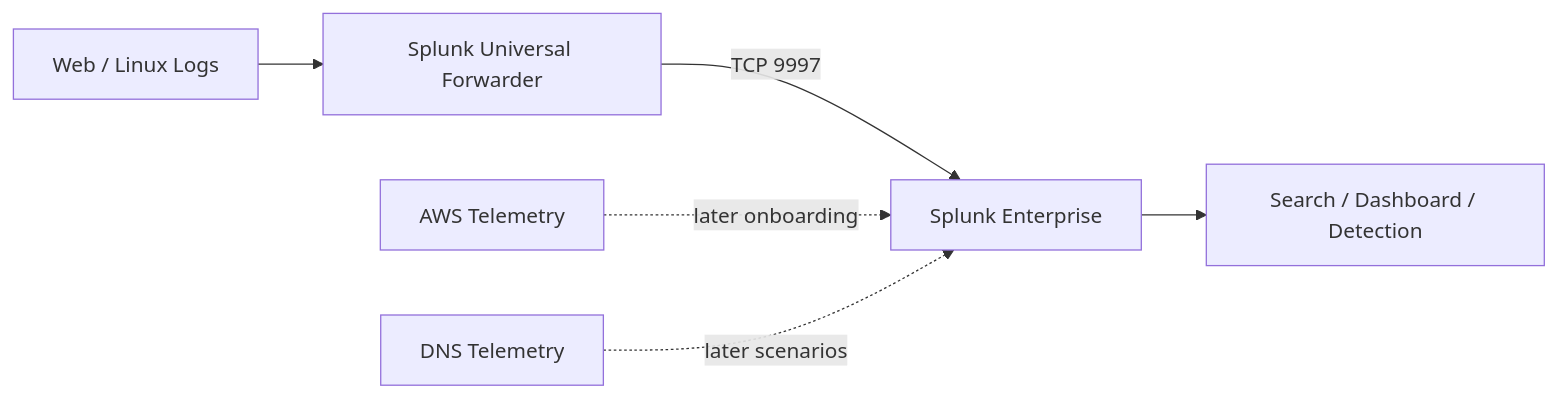
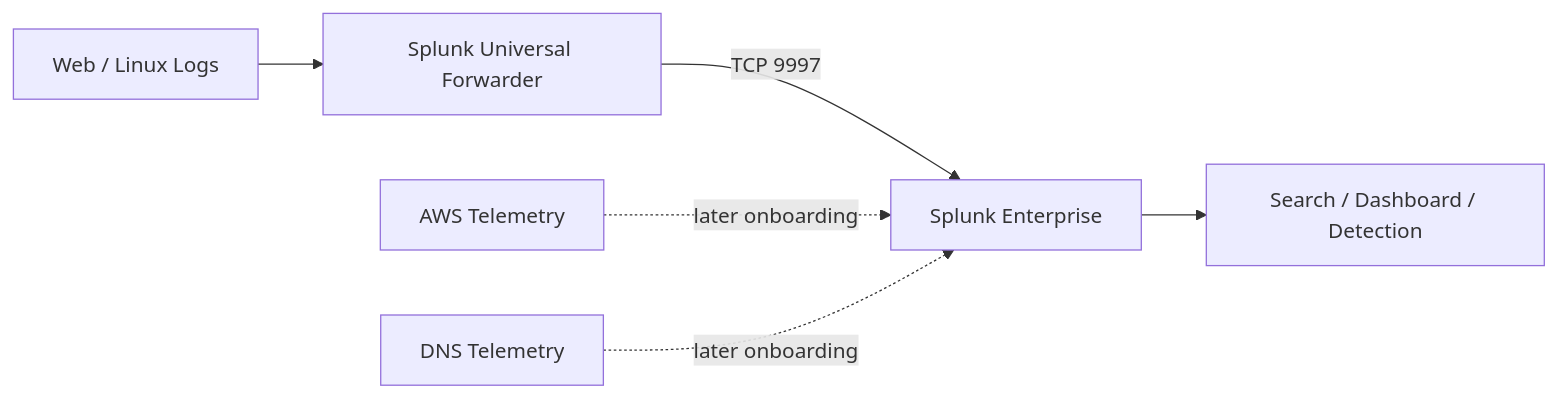
One commit to DNS-SOC-Lab/DNS-Lab-Infrastructure changed the third of 3 diagrams in 01-network-architecture/traffic-flow.md. Above: the diagram before and after it, drawn with Mermaid. The commit also changed other lines of this file and 2 other files, not shown here.

Commit message:
docs(network): map the public DNS path

````diff
--- a/01-network-architecture/traffic-flow.md
+++ b/01-network-architecture/traffic-flow.md
@@ -37,8 +58,8 @@
 ```mermaid
 flowchart LR
     W[Web / Linux Logs] --> UF[Splunk Universal Forwarder]
     UF -->|TCP 9997| S[Splunk Enterprise]
     AWS[AWS Telemetry] -. later onboarding .-> S
-    DNS[DNS Telemetry] -. later scenarios .-> S
+    DNS[DNS Telemetry] -. later onboarding .-> S
     S --> D[Search / Dashboard / Detection]
 ```
````
